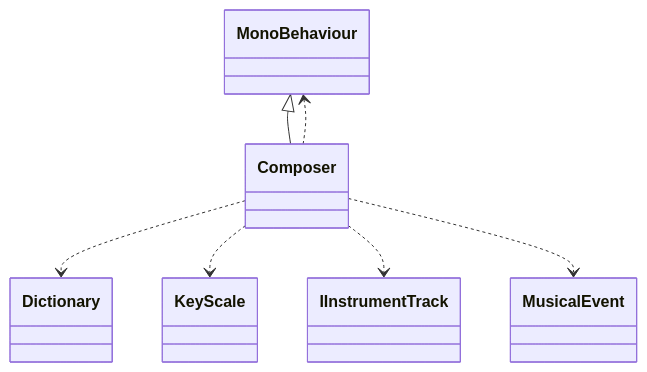
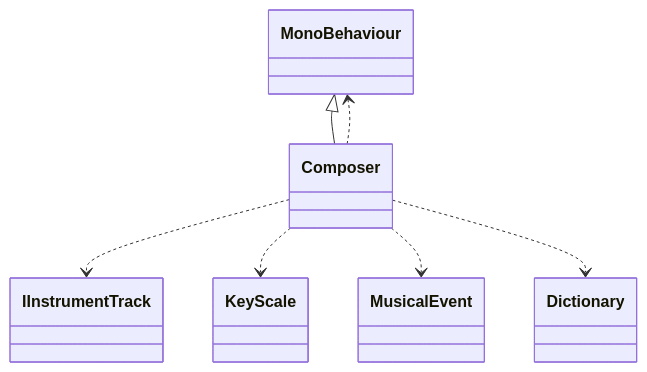
The first of 31 diagrams in test/test.md (schnock-art/project_inspector), drawn with Mermaid before and after one commit. The commit also changed other lines of this file and 1 other file, not shown here.

````diff
--- a/test/test.md
+++ b/test/test.md
@@ -144,9 +146,9 @@
 ```mermaid
 classDiagram
 MonoBehaviour <|-- Composer
-Composer ..> Dictionary
+Composer ..> IInstrumentTrack
 Composer ..> KeyScale
 Composer ..> MonoBehaviour
-Composer ..> IInstrumentTrack
 Composer ..> MusicalEvent
+Composer ..> Dictionary
 ```
````
